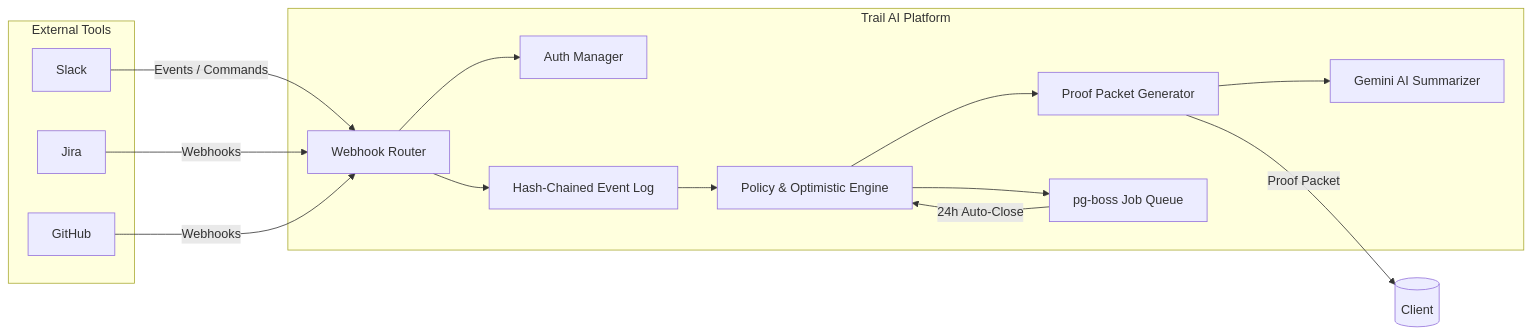
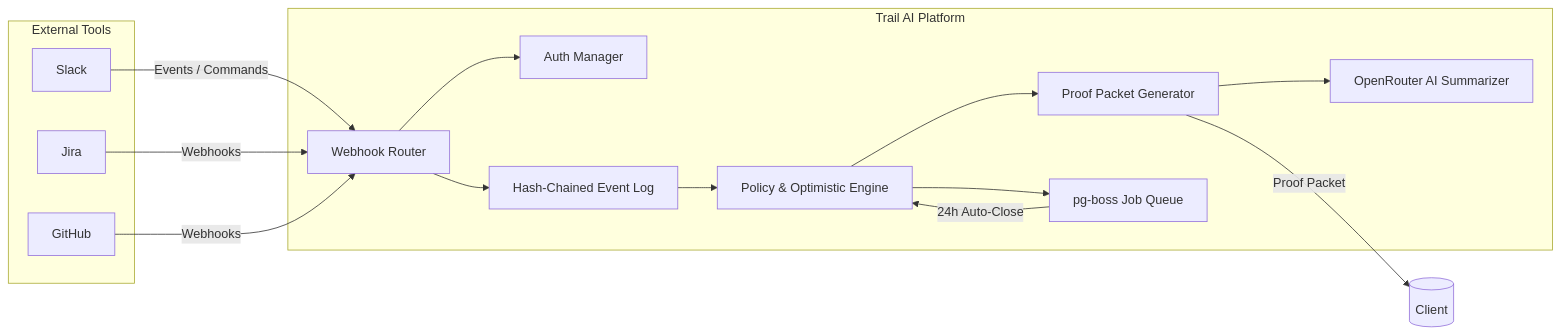
The diagram in docs/trail.md (vins-anity/ShipDocket), drawn with Mermaid before and after one commit. The commit also changed other lines of this file and 14 other files, not shown here.

````diff
--- a/docs/trail.md
+++ b/docs/trail.md
@@ -200,31 +201,31 @@
 ```mermaid
 flowchart LR
   subgraph External_Tools["External Tools"]
     Slack[Slack]
     Jira[Jira]
     GitHub[GitHub]
   end
 
   subgraph TrailAI["Trail AI Platform"]
     WR[Webhook Router]
     AM[Auth Manager]
     PE[Policy & Optimistic Engine]
     PP[Proof Packet Generator]
     HC[Hash-Chained Event Log]
-    AI[Gemini AI Summarizer]
+    AI[OpenRouter AI Summarizer]
     Q[pg-boss Job Queue]
   end
 
   Slack -->|Events / Commands| WR
   Jira -->|Webhooks| WR
   GitHub -->|Webhooks| WR
 
   WR --> AM
   WR --> HC
   HC --> PE
   PE --> Q
   Q -->|24h Auto-Close| PE
   PE --> PP
   PP --> AI
   PP -->|Proof Packet| Client[(Client)]
 ```
````
